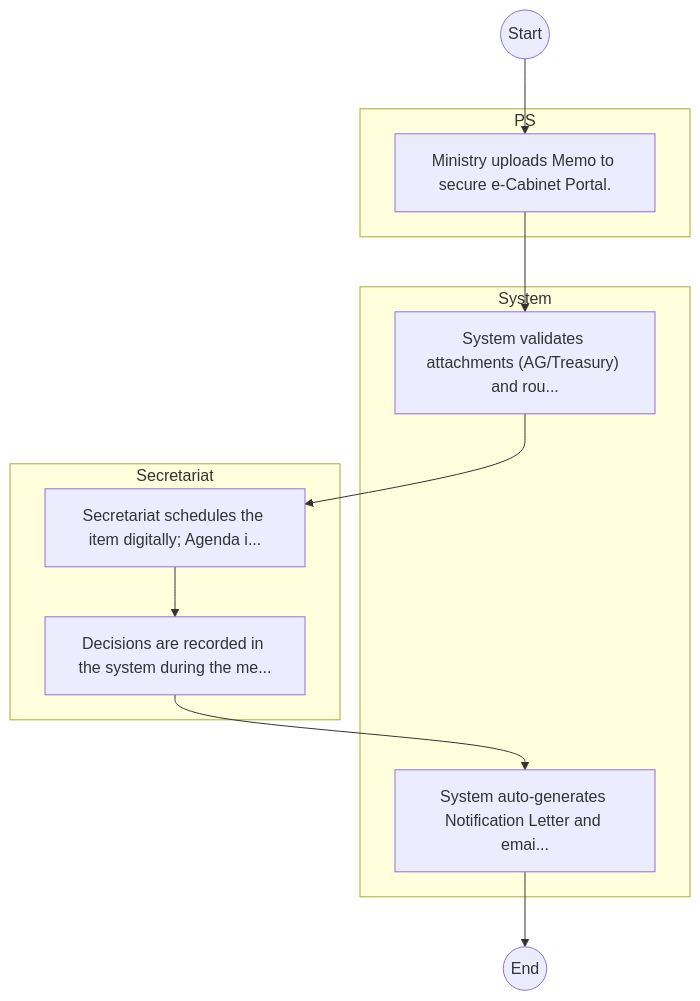
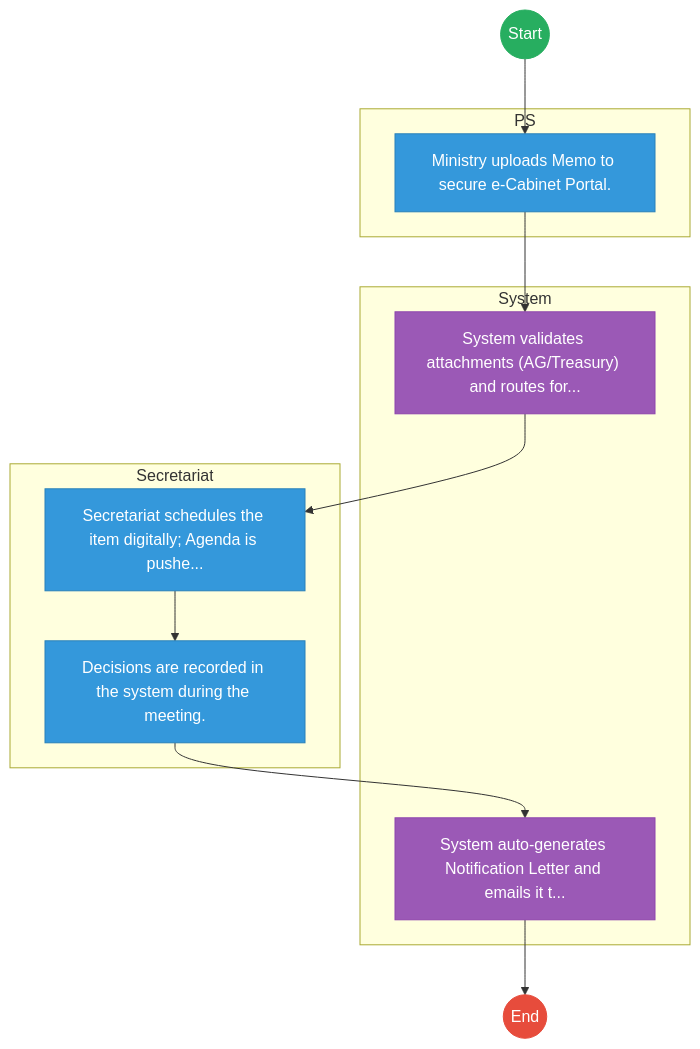
The second of 2 diagrams in mdas/docs_final/CABINET_OFFICE___Cabinet_Memo_Processing.md (BITZ-IT-Consulting-LTD/ictapoc), drawn with Mermaid before and after one commit. The commit also changed other lines of this file and 461 other files, not shown here.

````diff
--- a/mdas/docs_final/CABINET_OFFICE___Cabinet_Memo_Processing.md
+++ b/mdas/docs_final/CABINET_OFFICE___Cabinet_Memo_Processing.md
@@ -114,20 +129,33 @@
 ```mermaid
 graph TD
     Start((Start)) --> S1
+
     subgraph PS [PS]
         S1["Ministry uploads Memo to secure e-Cabinet Portal."]
     end
+
     subgraph System [System]
-        S2["System validates attachments (AG/Treasury) and rou..."]
-        S5["System auto-generates Notification Letter and emai..."]
+        S2["System validates attachments (AG/Treasury) and routes for..."]
+        S5["System auto-generates Notification Letter and emails it t..."]
     end
+
     subgraph Secretariat [Secretariat]
-        S3["Secretariat schedules the item digitally; Agenda i..."]
-        S4["Decisions are recorded in the system during the me..."]
+        S3["Secretariat schedules the item digitally; Agenda is pushe..."]
+        S4["Decisions are recorded in the system during the meeting."]
     end
     S1 --> S2
     S2 --> S3
     S3 --> S4
     S4 --> S5
     S5 --> End((End))
+
+    classDef start fill:#27ae60,stroke:#27ae60,color:#fff;
+    classDef endNode fill:#e74c3c,stroke:#e74c3c,color:#fff;
+    classDef userTask fill:#3498db,stroke:#2980b9,color:#fff;
+    classDef serviceTask fill:#9b59b6,stroke:#8e44ad,color:#fff;
+
+    class Start start;
+    class End endNode;
+    class S1,S3,S4 userTask;
+    class S2,S5 serviceTask;
 ```
````
